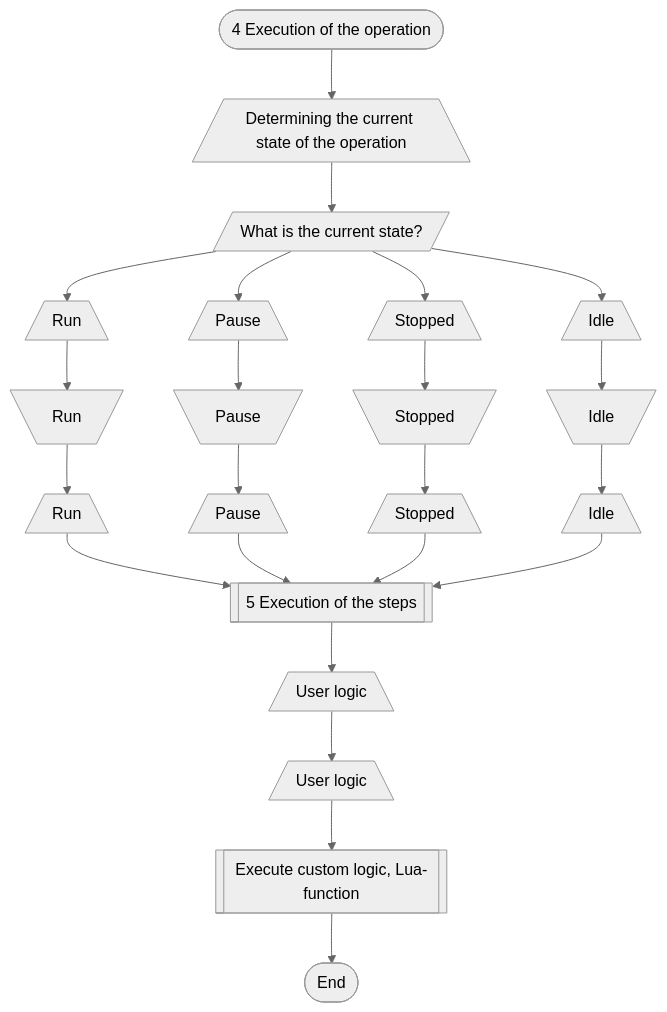
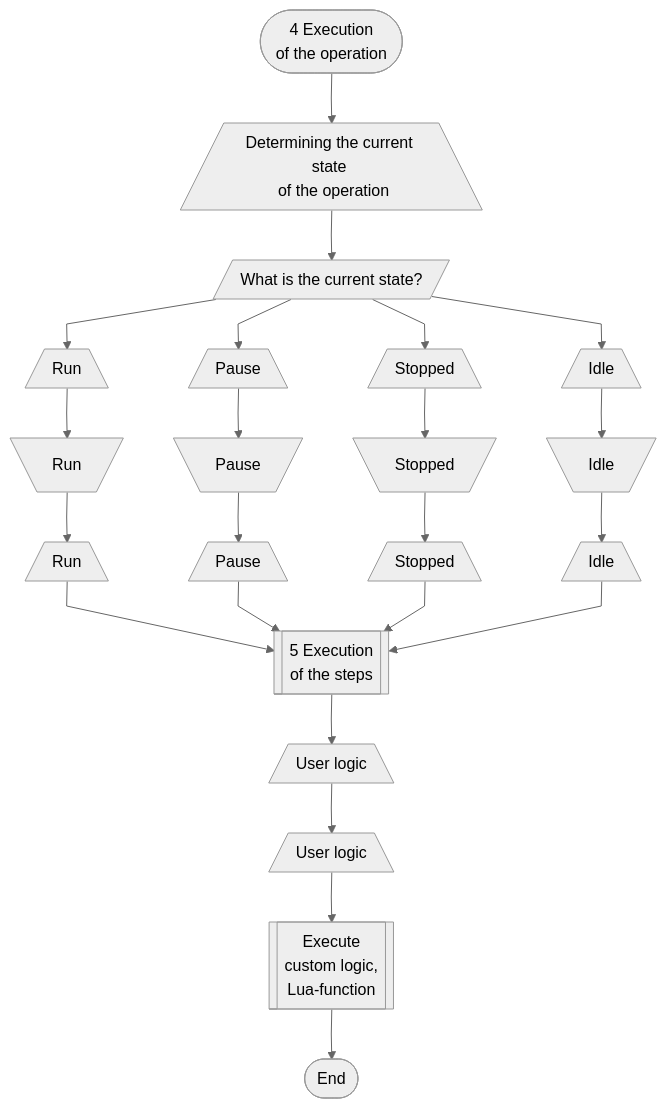
The fourth of 7 diagrams in readme.md (savushkin-r-d/ptusa_main), drawn with Mermaid (neutral theme) before and after one commit. The commit also changed other lines of this file, not shown here.

Commit message:
Edit diagrams forms.

````diff
--- a/readme.md
+++ b/readme.md
@@ -78,33 +83,35 @@
 ``` mermaid
+
+%%{init: { "flowchart": { "curve": "linear" } } }%%
 
 flowchart TD
 
-    A([4 Execution of the operation]) --> B[/Determining the current state of the operation\]
-    B[/Determining the current state of the operation\] --> C[/What is the current state?/]
+    A([4 Execution <br/> of the operation]) --> B[/Determining the current state of the operation\]
+    B[/Determining the current state <br/> of the operation\] --> C[/What is the current state?/]
 
     C[/What is the current state?/] --> D[/Run\]
     D[/Run\] --> E[\Run/]
     E[\Run/] --> L[/Run\]
     L[/Run\] --> M[[5 Execution of the steps]]
 
     C[/What is the current state?/] --> F[/Pause\]
     F[/Pause\] --> G[\Pause/]
     G[\Pause/] --> G1[/Pause\]
     G1[/Pause\] --> M[[5 Execution of the steps]]
 
     C[/What is the current state?/] --> H[/Stopped\]
     H[/Stopped\] --> I[\Stopped/]
     I[\Stopped/] --> I1[/Stopped\]
     I1[/Stopped\] --> M[[5 Execution of the steps]]
 
     C[/What is the current state?/] --> J[\Idle/]
     J[/Idle\] --> K[\Idle/]
     K[\Idle/] --> K1[/Idle\]
     K1[/Idle\] --> M[[5 Execution of the steps]]
 
-    M[[5 Execution of the steps]] --> N[/User logic\]
+    M[[5 Execution <br/> of the steps]] --> N[/User logic\]
     N[/User logic\] --> O[/User logic\]
     O[/User logic\] --> P[[Execute custom logic, Lua-function]]
-    P[[Execute custom logic, Lua-function]] --> Q([End])
+    P[[Execute <br/> custom logic, <br/> Lua-function]] --> Q([End])
 
 ```
````
